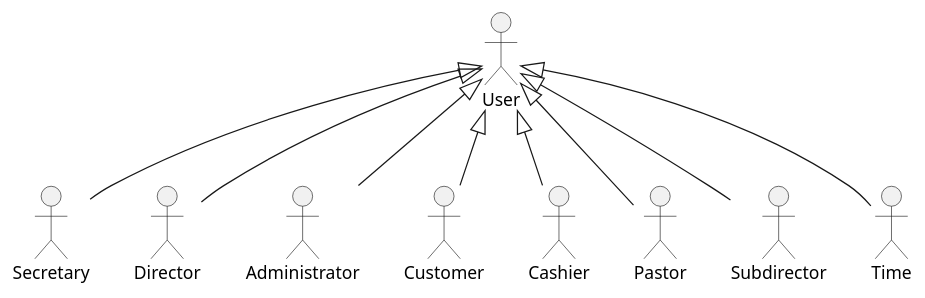
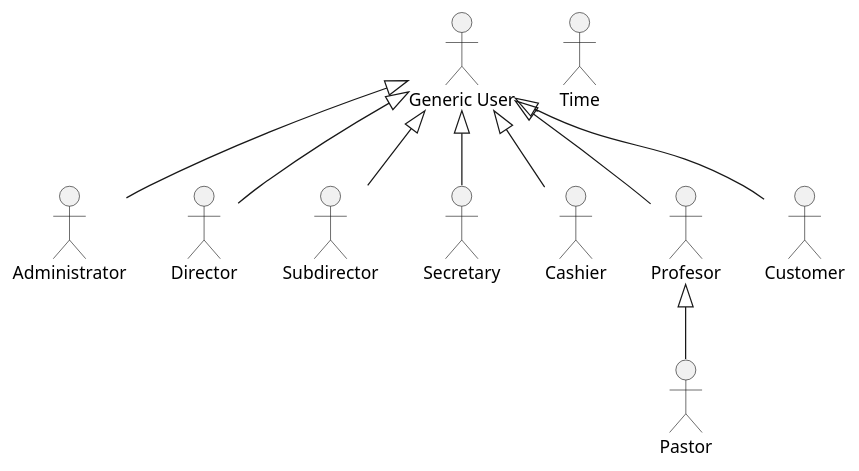
One commit to wsmcbl/wsmcbl.doc changed the diagram in UseCaseView/Actors.puml. Above: the diagram before and after it, drawn with PlantUML. The commit also changed 1 other file, not shown here.

```diff
--- a/UseCaseView/Actors.puml
+++ b/UseCaseView/Actors.puml
@@ -1,17 +1,18 @@
 @startuml
 skinparam BackgroundColor transparent
 
-:User: as User
+:User: as "Generic User"
 
+User <|-- Administrator
+User <|-- Director
+User <|-- Subdirector
 User <|-- Secretary
-User <|-- Director
-User <|-- Administrator
+User <|-- Cashier
+User <|-- Profesor
 User <|-- Customer
 
-User <|-- Cashier
-User <|-- Pastor
-User <|-- Subdirector
+Profesor <|-- Pastor
 
-User <|-- Time
+:Time: as "Time"
 
 @enduml
```
